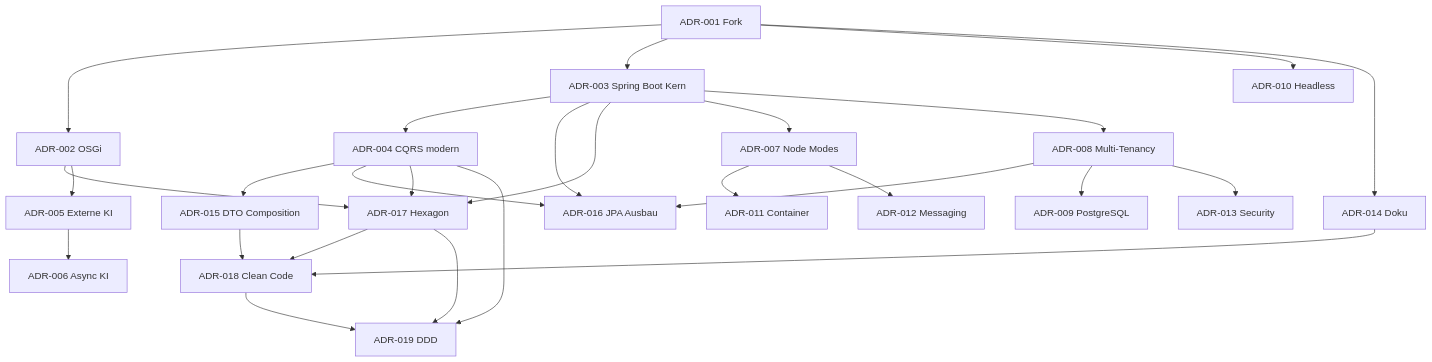
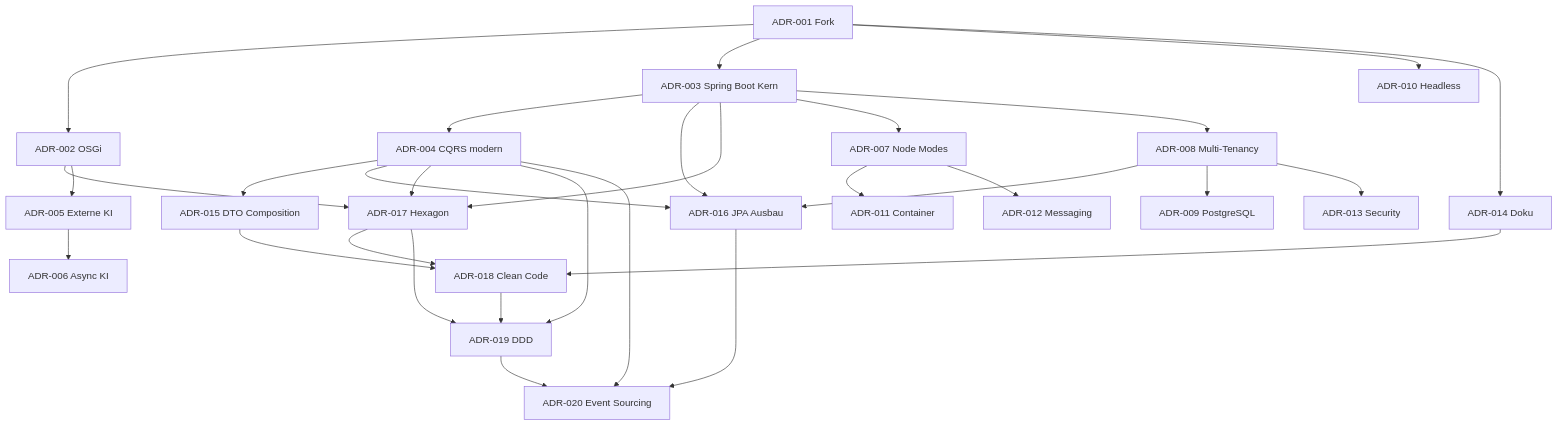
One commit to RainerMaxWallscheid/fineract-osgi changed the diagram in docs/arc42/08_design_decisions.md. Above: the diagram before and after it, drawn with Mermaid. The commit also changed other lines of this file and 11 other files, not shown here.

First line of the commit message:
docs(arc42): mandate event sourcing for domain writes (ADR-020)

````diff
--- a/docs/arc42/08_design_decisions.md
+++ b/docs/arc42/08_design_decisions.md
@@ -46,29 +47,32 @@
 ```mermaid
 flowchart TB
     ADR001[ADR-001 Fork] --> ADR002[ADR-002 OSGi]
     ADR001 --> ADR003[ADR-003 Spring Boot Kern]
     ADR003 --> ADR004[ADR-004 CQRS modern]
     ADR004 --> ADR015[ADR-015 DTO Composition]
     ADR003 --> ADR016[ADR-016 JPA Ausbau]
     ADR004 --> ADR016
     ADR008 --> ADR016
     ADR003 --> ADR017[ADR-017 Hexagon]
     ADR002 --> ADR017
     ADR004 --> ADR017
     ADR017 --> ADR018[ADR-018 Clean Code]
     ADR015 --> ADR018
     ADR014 --> ADR018
     ADR004 --> ADR019[ADR-019 DDD]
     ADR017 --> ADR019
     ADR018 --> ADR019
+    ADR004 --> ADR020[ADR-020 Event Sourcing]
+    ADR016 --> ADR020
+    ADR019 --> ADR020
     ADR002 --> ADR005[ADR-005 Externe KI]
     ADR005 --> ADR006[ADR-006 Async KI]
     ADR003 --> ADR007[ADR-007 Node Modes]
     ADR003 --> ADR008[ADR-008 Multi-Tenancy]
     ADR008 --> ADR009[ADR-009 PostgreSQL]
     ADR001 --> ADR010[ADR-010 Headless]
     ADR007 --> ADR011[ADR-011 Container]
     ADR007 --> ADR012[ADR-012 Messaging]
     ADR008 --> ADR013[ADR-013 Security]
     ADR001 --> ADR014[ADR-014 Doku]
 ```
````
